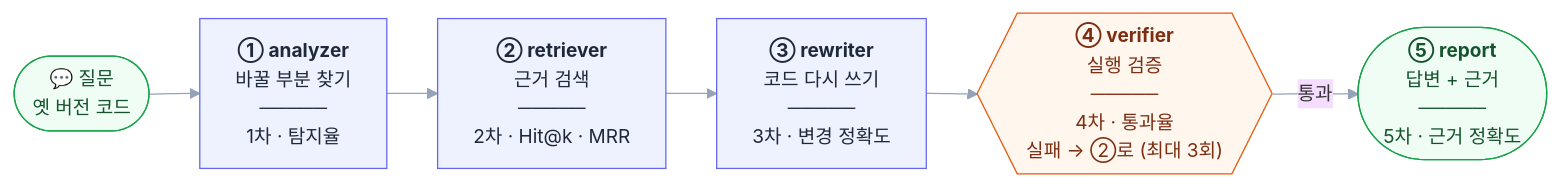
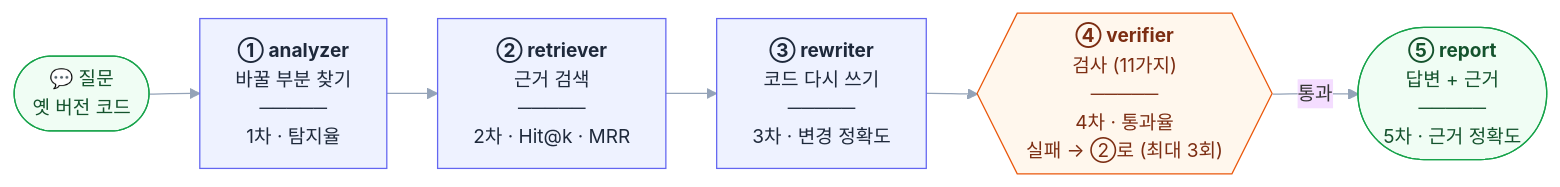
Before and after one commit to SKNETWORKS-FAMILY-AICAMP/SKN35-3rd-4Team: the diagram in PLAN.md, drawn with Mermaid. The commit also changed other lines of this file, not shown here.

````diff
--- a/PLAN.md
+++ b/PLAN.md
@@ -57,17 +62,17 @@
 ```mermaid
 %%{init: {"theme":"base","themeVariables":{"fontSize":"15px","lineColor":"#94A3B8"},"flowchart":{"curve":"basis","nodeSpacing":40,"rankSpacing":40,"padding":14}}}%%
 flowchart LR
     Q(["💬 질문<br/>옛 버전 코드"]):::io
     A["<b>① analyzer</b><br/>바꿀 부분 찾기<br/>─────<br/>1차 · 탐지율"]:::step
     R["<b>② retriever</b><br/>근거 검색<br/>─────<br/>2차 · Hit@k · MRR"]:::step
     W["<b>③ rewriter</b><br/>코드 다시 쓰기<br/>─────<br/>3차 · 변경 정확도"]:::step
-    V{{"<b>④ verifier</b><br/>실행 검증<br/>─────<br/>4차 · 통과율<br/>실패 → ②로 (최대 3회)"}}:::check
+    V{{"<b>④ verifier</b><br/>검사 (11가지)<br/>─────<br/>4차 · 통과율<br/>실패 → ②로 (최대 3회)"}}:::check
     P(["<b>⑤ report</b><br/>답변 + 근거<br/>─────<br/>5차 · 근거 정확도"]):::io
 
     Q --> A --> R --> W --> V
     V -- 통과 --> P
 
     classDef io fill:#F0FDF4,stroke:#16A34A,color:#14532D
     classDef step fill:#EEF2FF,stroke:#6366F1,color:#1E293B
     classDef check fill:#FFF7ED,stroke:#EA580C,color:#7C2D12
 ```
````
